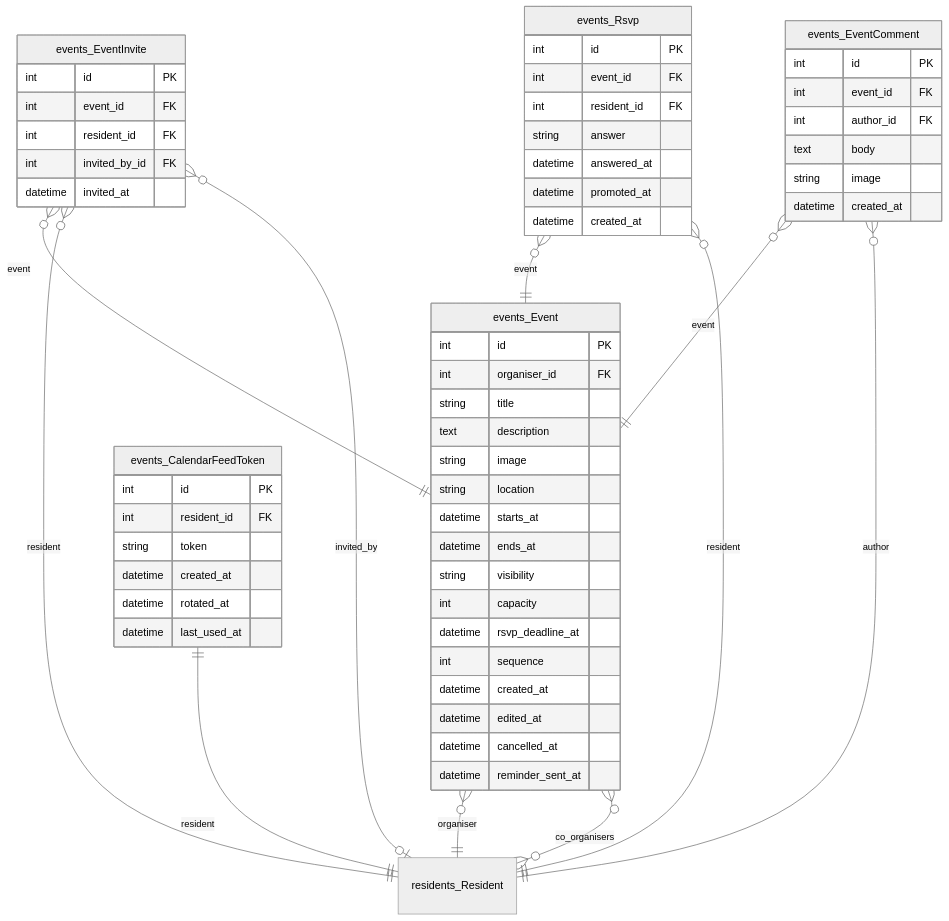
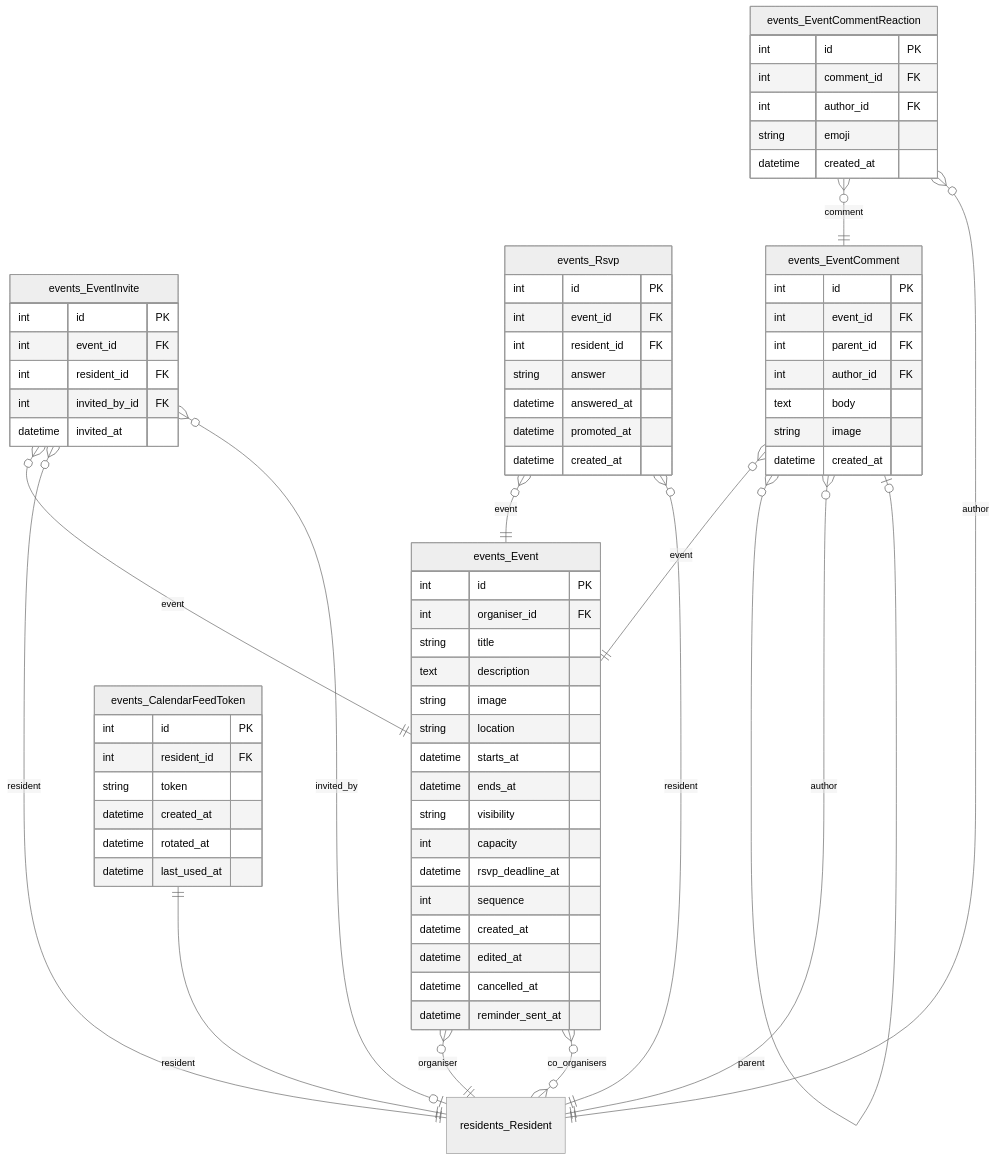
Before and after one commit to GAHK-org/gahk_intern: the eighth of 18 diagrams in docs/erd.md, drawn with Mermaid (neutral theme). The commit also changed other lines of this file and 32 other files, not shown here.

````diff
--- a/docs/erd.md
+++ b/docs/erd.md
@@ -1483,70 +1518,82 @@
 ```mermaid
 erDiagram
     events_Event {
         int id PK
         int organiser_id FK
         string title
         text description
         string image
         string location
         datetime starts_at
         datetime ends_at
         string visibility
         int capacity
         datetime rsvp_deadline_at
         int sequence
         datetime created_at
         datetime edited_at
         datetime cancelled_at
         datetime reminder_sent_at
     }
 
     events_EventInvite {
         int id PK
         int event_id FK
         int resident_id FK
         int invited_by_id FK
         datetime invited_at
     }
 
     events_Rsvp {
         int id PK
         int event_id FK
         int resident_id FK
         string answer
         datetime answered_at
         datetime promoted_at
         datetime created_at
     }
 
     events_EventComment {
         int id PK
         int event_id FK
+        int parent_id FK
         int author_id FK
         text body
         string image
+        datetime created_at
+    }
+
+    events_EventCommentReaction {
+        int id PK
+        int comment_id FK
+        int author_id FK
+        string emoji
         datetime created_at
     }
 
     events_CalendarFeedToken {
         int id PK
         int resident_id FK
         string token
         datetime created_at
         datetime rotated_at
         datetime last_used_at
     }
 
     residents_Resident { }
 
     events_Event }o--|| residents_Resident : "organiser"
     events_Event }o--o{ residents_Resident : "co_organisers"
     events_EventInvite }o--|| events_Event : "event"
     events_EventInvite }o--|| residents_Resident : "resident"
     events_EventInvite }o--|o residents_Resident : "invited_by"
     events_Rsvp }o--|| events_Event : "event"
     events_Rsvp }o--|| residents_Resident : "resident"
     events_EventComment }o--|| events_Event : "event"
+    events_EventComment }o--|o events_EventComment : "parent"
     events_EventComment }o--|| residents_Resident : "author"
+    events_EventCommentReaction }o--|| events_EventComment : "comment"
+    events_EventCommentReaction }o--|| residents_Resident : "author"
     events_CalendarFeedToken ||--|| residents_Resident : "resident"
 ```
````
